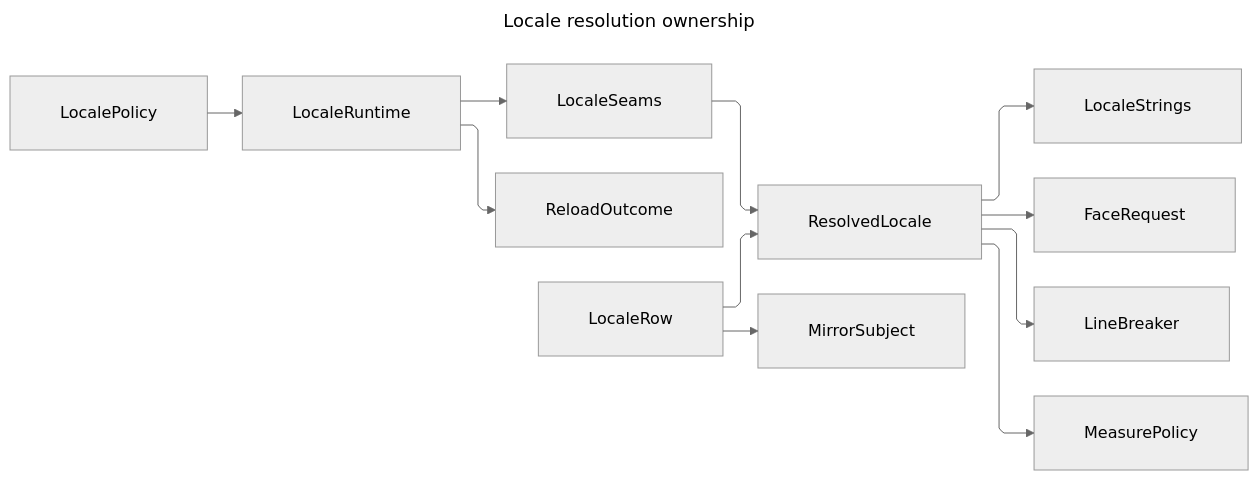
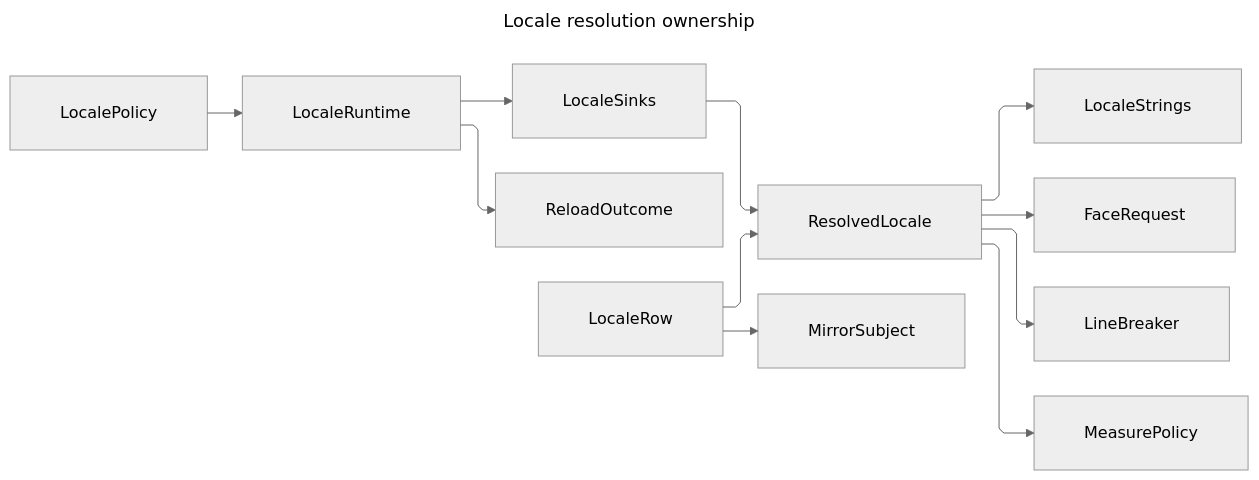
Before and after one commit to bsamiee/Rasm: the diagram in libs/dotnet/Rasm.AppUi/.planning/Theme/locale.md, drawn with Mermaid (neutral theme). The commit also changed other lines of this file and 1997 other files, not shown here.

````diff
--- a/libs/dotnet/Rasm.AppUi/.planning/Theme/locale.md
+++ b/libs/dotnet/Rasm.AppUi/.planning/Theme/locale.md
@@ -674,29 +674,29 @@
 ```mermaid
 ---
 title: Locale resolution ownership
 config:
   layout: elk
   htmlLabels: true
   markdownAutoWrap: false
   deterministicIds: true
   elk:
     nodePlacementStrategy: NETWORK_SIMPLEX
     considerModelOrder: NODES_AND_EDGES
   flowchart:
     curve: linear
     defaultRenderer: elk
     padding: 25
 ---
 flowchart LR
     accTitle: Locale resolution ownership
-    accDescr: Locale policy resolves one culture row, propagates it through the admitted seam roster before publishing, and feeds message formatting, shaping election, mirroring, and measurement from that one resolved value.
+    accDescr: Locale policy resolves one culture row, propagates it through the admitted sink roster before publishing, and feeds message formatting, shaping election, mirroring, and measurement from that one resolved value.
     LocalePolicy --> LocaleRuntime
-    LocaleRuntime --> LocaleSeams --> ResolvedLocale
+    LocaleRuntime --> LocaleSinks --> ResolvedLocale
     LocaleRuntime --> ReloadOutcome
     LocaleRow --> ResolvedLocale
     ResolvedLocale --> LocaleStrings
     ResolvedLocale --> FaceRequest
     ResolvedLocale --> LineBreaker
     ResolvedLocale --> MeasurePolicy
     LocaleRow --> MirrorSubject
 ```
````
